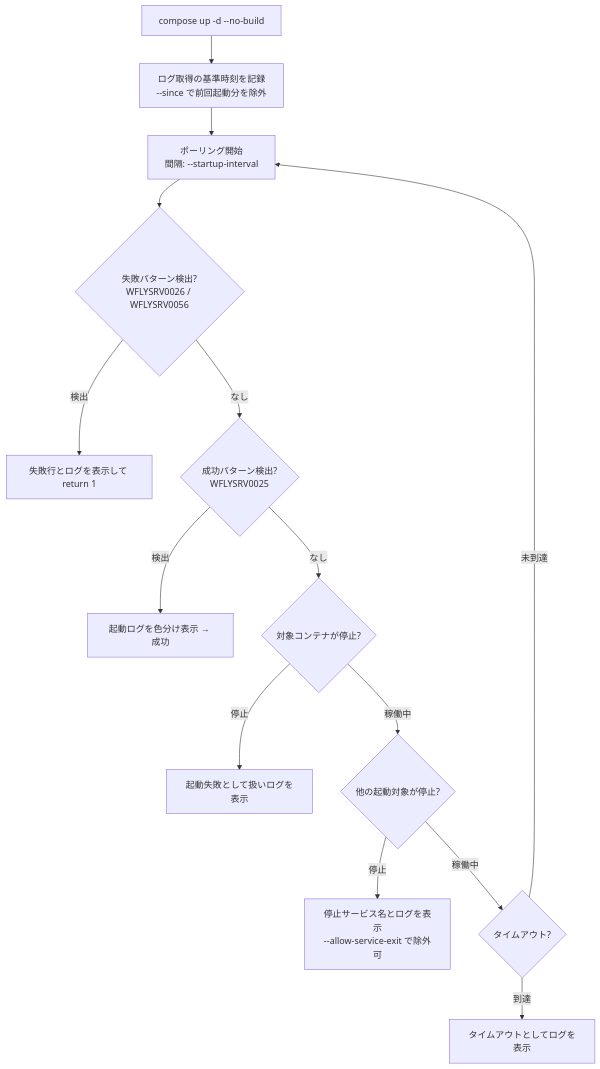
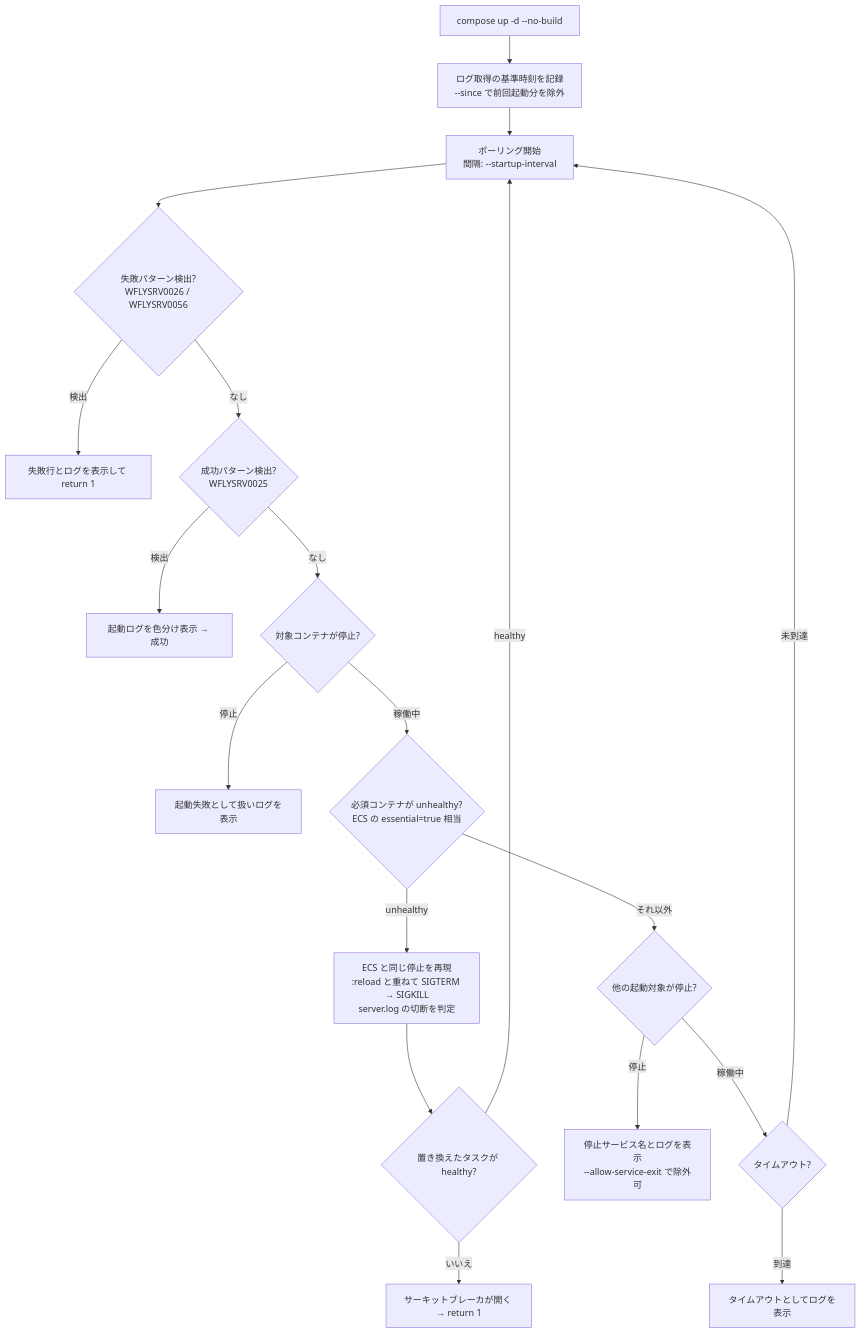
One commit to ProjectRubyRing/Container_Compose_Build_Push_v2_from_Codex changed the second of 3 diagrams in docs/build_and_verify_guide.md. Above: the diagram before and after it, drawn with Mermaid. The commit also changed other lines of this file and 12 other files, not shown here.

````diff
--- a/docs/build_and_verify_guide.md
+++ b/docs/build_and_verify_guide.md
@@ -286,16 +289,21 @@
 ```mermaid
 flowchart TD
     A[compose up -d --no-build] --> B[ログ取得の基準時刻を記録<br/>--since で前回起動分を除外]
     B --> C[ポーリング開始<br/>間隔: --startup-interval]
     C --> D{失敗パターン検出?<br/>WFLYSRV0026 / WFLYSRV0056}
     D -- 検出 --> E[失敗行とログを表示して return 1]
     D -- なし --> F{成功パターン検出?<br/>WFLYSRV0025}
     F -- 検出 --> G[起動ログを色分け表示 → 成功]
     F -- なし --> H{対象コンテナが停止?}
     H -- 停止 --> I[起動失敗として扱いログを表示]
-    H -- 稼働中 --> J{他の起動対象が停止?}
+    H -- 稼働中 --> N{必須コンテナが unhealthy?<br/>ECS の essential=true 相当}
+    N -- unhealthy --> O[ECS と同じ停止を再現<br/>:reload と重ねて SIGTERM → SIGKILL<br/>server.log の切断を判定]
+    O --> P{置き換えたタスクが healthy?}
+    P -- healthy --> C
+    P -- いいえ --> Q[サーキットブレーカが開く → return 1]
+    N -- それ以外 --> J{他の起動対象が停止?}
     J -- 停止 --> K[停止サービス名とログを表示<br/>--allow-service-exit で除外可]
     J -- 稼働中 --> L{タイムアウト?}
     L -- 到達 --> M[タイムアウトとしてログを表示]
     L -- 未到達 --> C
 ```
````
